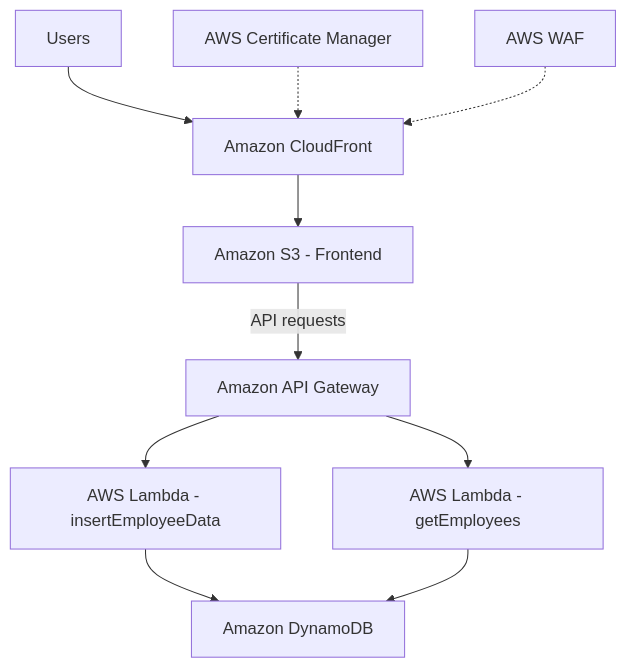
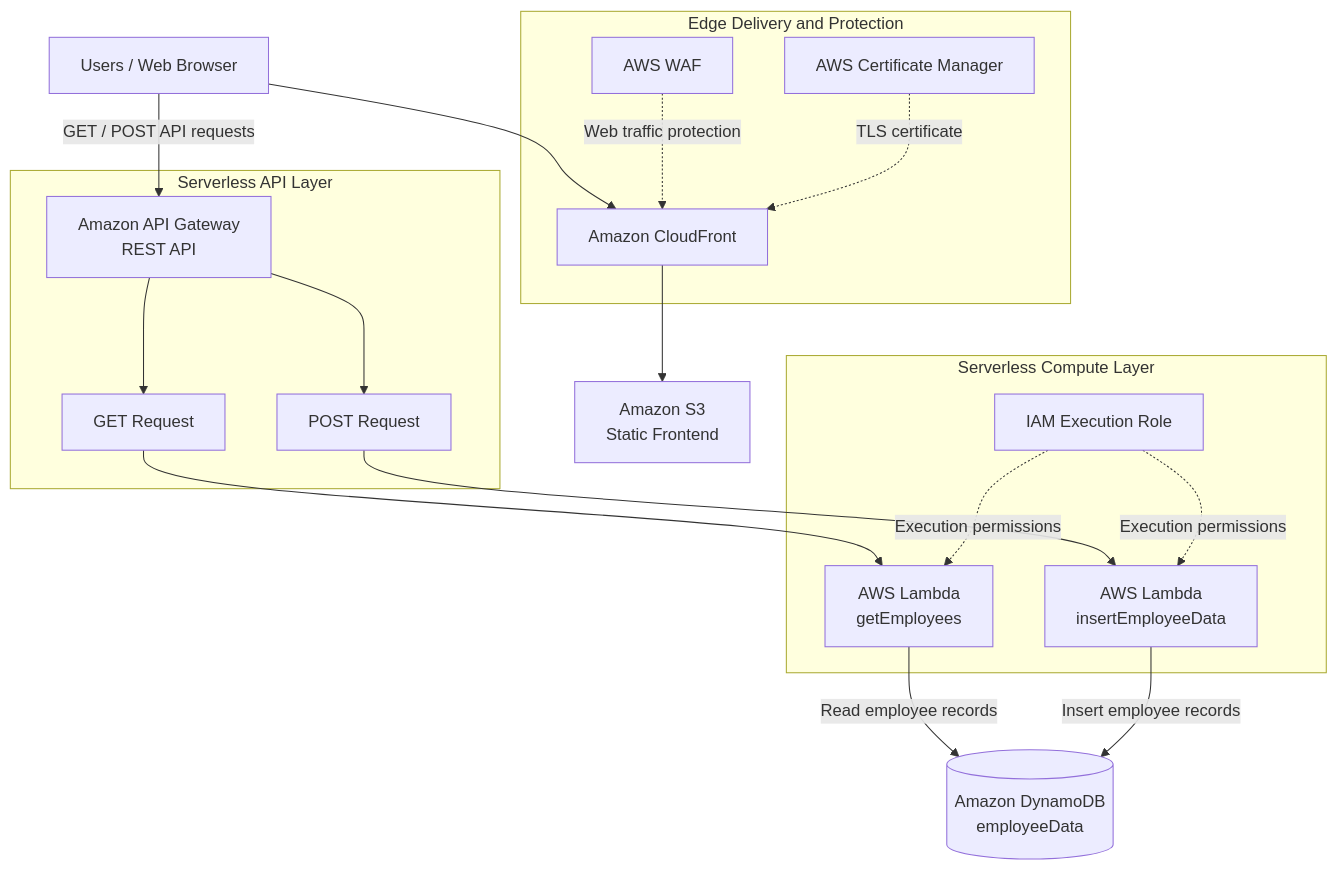
Before and after one commit to MdFaizuddin-Mujahid/CloudNative-Employee-Platform: the diagram in README.md, drawn with Mermaid. The commit also changed other lines of this file, not shown here.

````diff
--- a/README.md
+++ b/README.md
@@ -16,12 +30,44 @@
 ```mermaid
-flowchart TD
-    U[Users] --> CF[Amazon CloudFront]
-    ACM[AWS Certificate Manager] -.-> CF
-    WAF[AWS WAF] -.-> CF
-    CF --> S3[Amazon S3 - Frontend]
-    S3 -->|API requests| API[Amazon API Gateway]
-    API --> L1[AWS Lambda - insertEmployeeData]
-    API --> L2[AWS Lambda - getEmployees]
-    L1 --> DB[Amazon DynamoDB]
-    L2 --> DB
+flowchart TB
+    U["Users / Web Browser"]
+
+    subgraph EDGE["Edge Delivery and Protection"]
+        CF["Amazon CloudFront"]
+        WAF["AWS WAF"]
+        ACM["AWS Certificate Manager"]
+    end
+
+    S3["Amazon S3<br/>Static Frontend"]
+
+    subgraph API["Serverless API Layer"]
+        AG["Amazon API Gateway<br/>REST API"]
+        GET["GET Request"]
+        POST["POST Request"]
+    end
+
+    subgraph COMPUTE["Serverless Compute Layer"]
+        L1["AWS Lambda<br/>getEmployees"]
+        L2["AWS Lambda<br/>insertEmployeeData"]
+        IAM["IAM Execution Role"]
+    end
+
+    DB[("Amazon DynamoDB<br/>employeeData")]
+
+    U --> CF
+    WAF -. "Web traffic protection" .-> CF
+    ACM -. "TLS certificate" .-> CF
+    CF --> S3
+
+    U -->|"GET / POST API requests"| AG
+    AG --> GET
+    AG --> POST
+
+    GET --> L1
+    POST --> L2
+
+    IAM -. "Execution permissions" .-> L1
+    IAM -. "Execution permissions" .-> L2
+
+    L1 -->|"Read employee records"| DB
+    L2 -->|"Insert employee records"| DB
 ```
````
